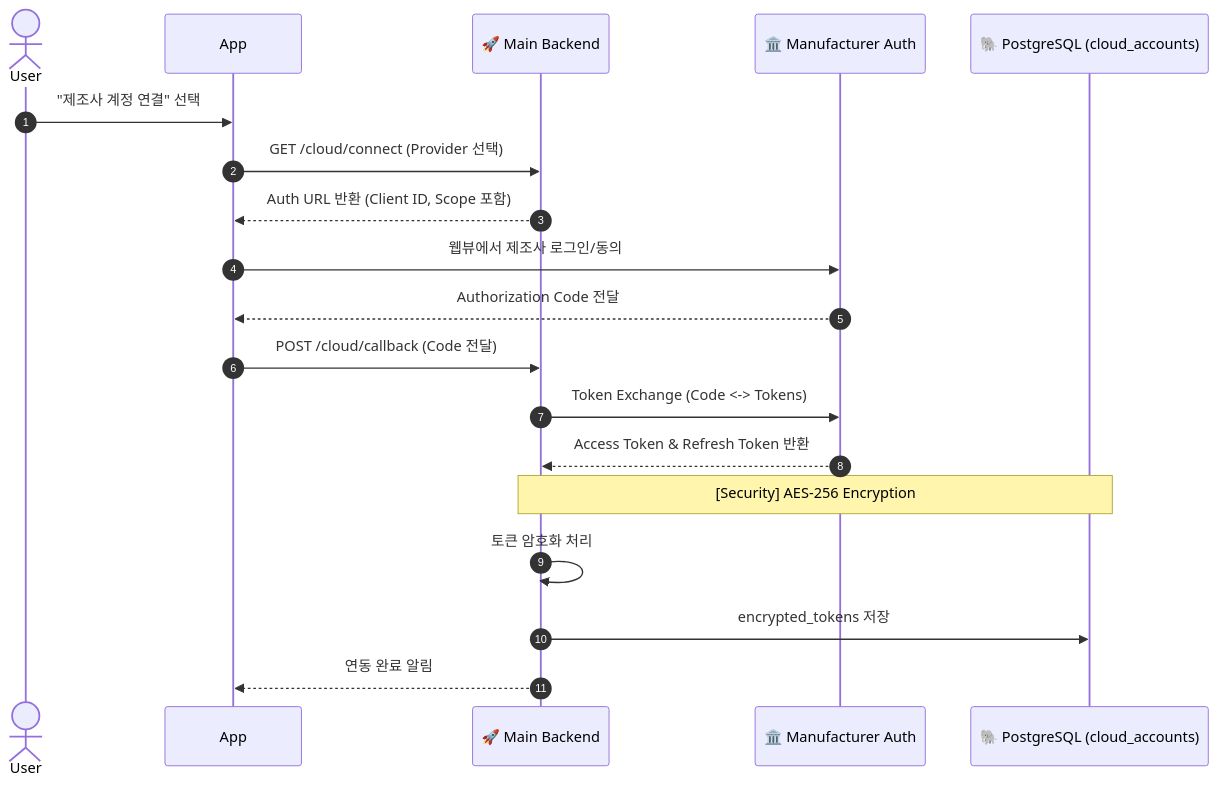
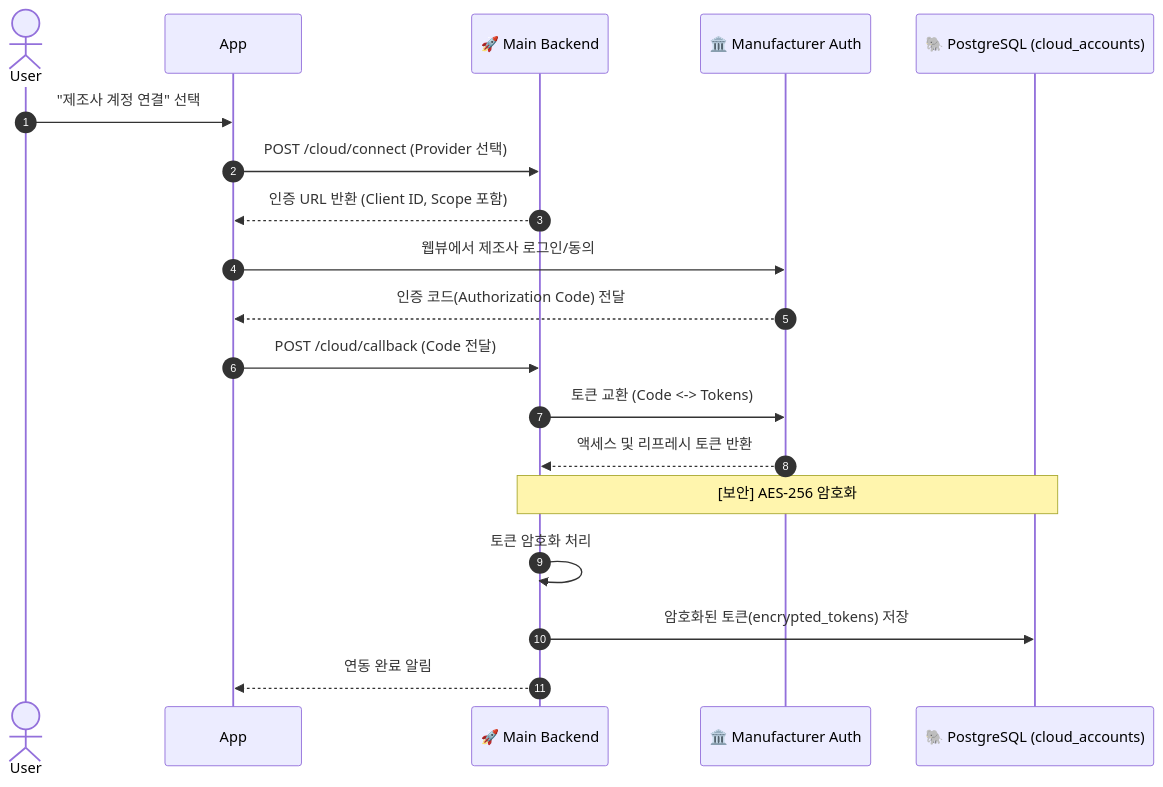
Before and after one commit to leejunhyuk1061204/AI-5-main-project: the fourth of 5 diagrams in Docs/시스템_아키텍처_및_데이터_흐름.md, drawn with Mermaid. The commit also changed other lines of this file and 3 other files, not shown here.

Commit message:
문서 수정(아키텍쳐 다이어그램 검토)

````diff
--- a/Docs/시스템_아키텍처_및_데이터_흐름.md
+++ b/Docs/시스템_아키텍처_및_데이터_흐름.md
@@ -216,27 +212,27 @@
 ```mermaid
 sequenceDiagram
     autonumber
     actor User
     participant App
     participant API as 🚀 Main Backend
     participant Auth as 🏛️ Manufacturer Auth
     participant DB as 🐘 PostgreSQL (cloud_accounts)
 
     User->>App: "제조사 계정 연결" 선택
-    App->>API: GET /cloud/connect (Provider 선택)
-    API-->>App: Auth URL 반환 (Client ID, Scope 포함)
+    App->>API: POST /cloud/connect (Provider 선택)
+    API-->>App: 인증 URL 반환 (Client ID, Scope 포함)
     
     App->>Auth: 웹뷰에서 제조사 로그인/동의
-    Auth-->>App: Authorization Code 전달
+    Auth-->>App: 인증 코드(Authorization Code) 전달
     
     App->>API: POST /cloud/callback (Code 전달)
     
-    API->>Auth: Token Exchange (Code <-> Tokens)
-    Auth-->>API: Access Token & Refresh Token 반환
+    API->>Auth: 토큰 교환 (Code <-> Tokens)
+    Auth-->>API: 액세스 및 리프레시 토큰 반환
     
-    Note over API, DB: [Security] AES-256 Encryption
+    Note over API, DB: [보안] AES-256 암호화
     API->>API: 토큰 암호화 처리
-    API->>DB: encrypted_tokens 저장
+    API->>DB: 암호화된 토큰(encrypted_tokens) 저장
     
     API-->>App: 연동 완료 알림
 ```
````
